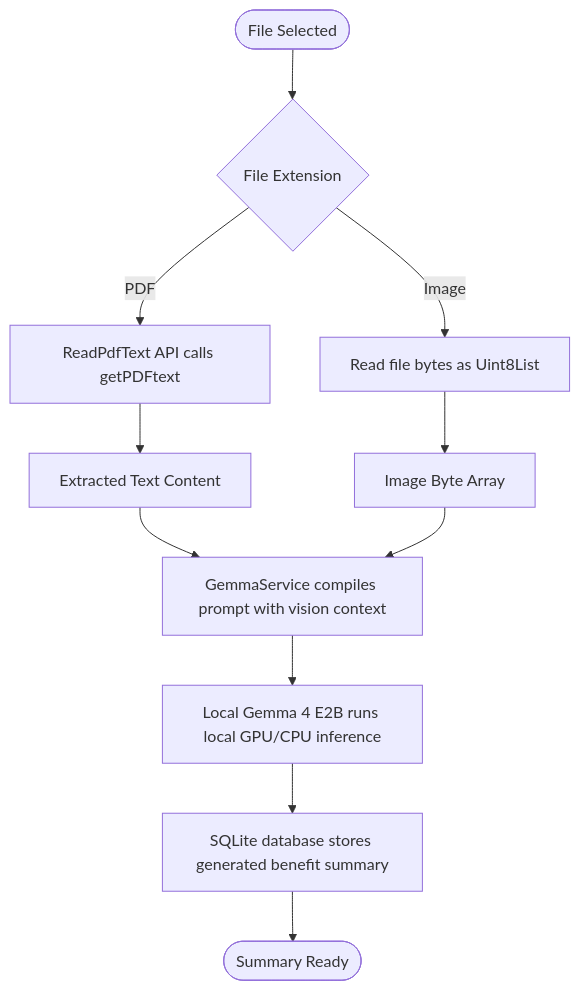
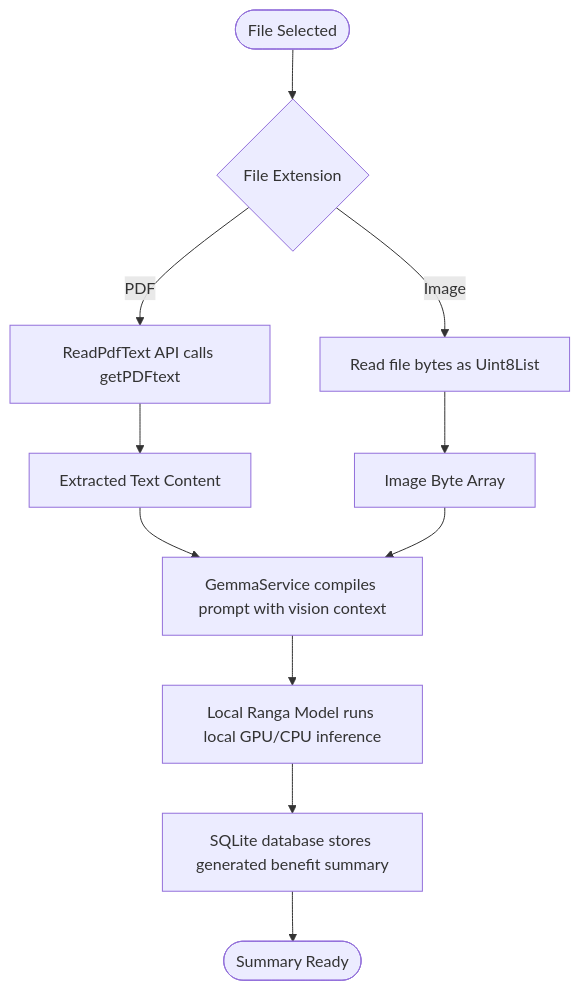
The second of 2 diagrams in README.md (tuyishimejeandamour/capstone), drawn with Mermaid before and after one commit. The commit also changed other lines of this file and 102 other files, not shown here.

````diff
--- a/README.md
+++ b/README.md
@@ -180,16 +160,16 @@
 ```mermaid
 flowchart TD
     Start([File Selected]) --> Type{File Extension}
     Type -->|PDF| PDFProc[ReadPdfText API calls getPDFtext]
     Type -->|Image| ImgProc[Read file bytes as Uint8List]
     
     PDFProc --> TextOutput[Extracted Text Content]
     ImgProc --> ByteOutput[Image Byte Array]
     
     TextOutput --> PromptBuilder[GemmaService compiles prompt with vision context]
     ByteOutput --> PromptBuilder
     
-    PromptBuilder --> Inference[Local Gemma 4 E2B runs local GPU/CPU inference]
+    PromptBuilder --> Inference[Local Ranga Model runs local GPU/CPU inference]
     Inference --> Save[SQLite database stores generated benefit summary]
     Save --> End([Summary Ready])
 ```
````
